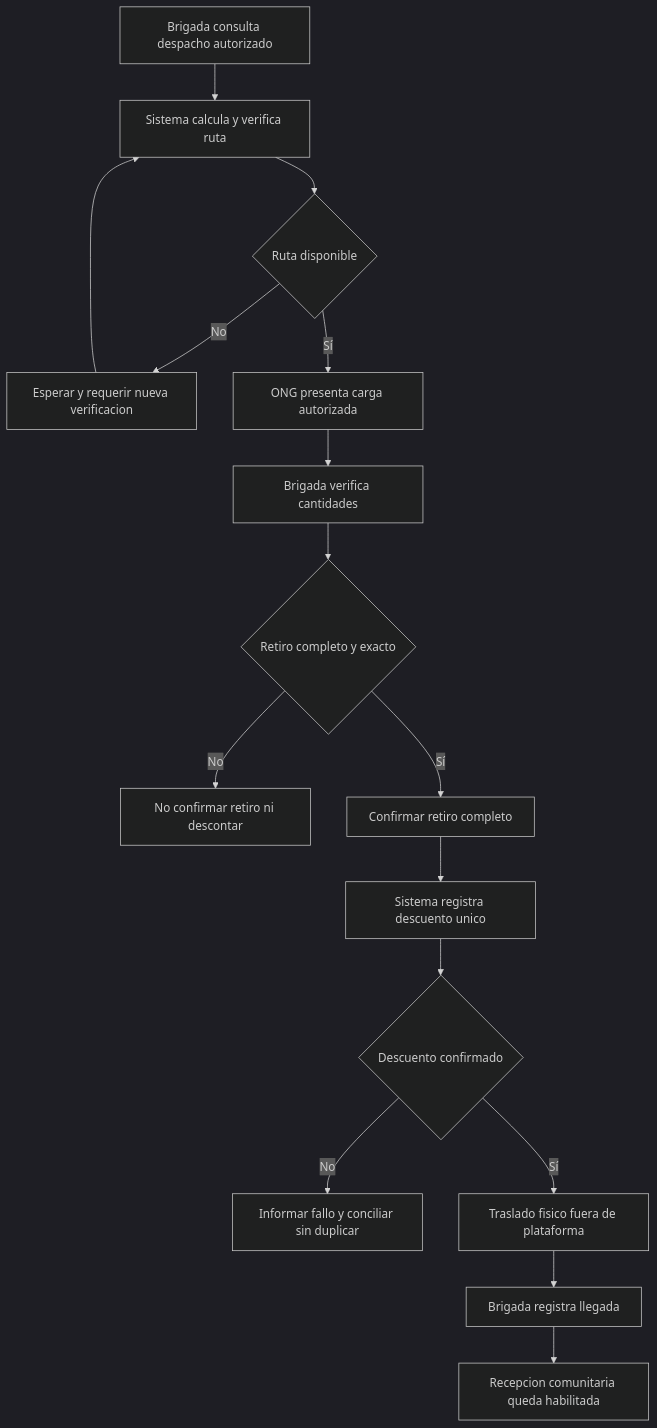
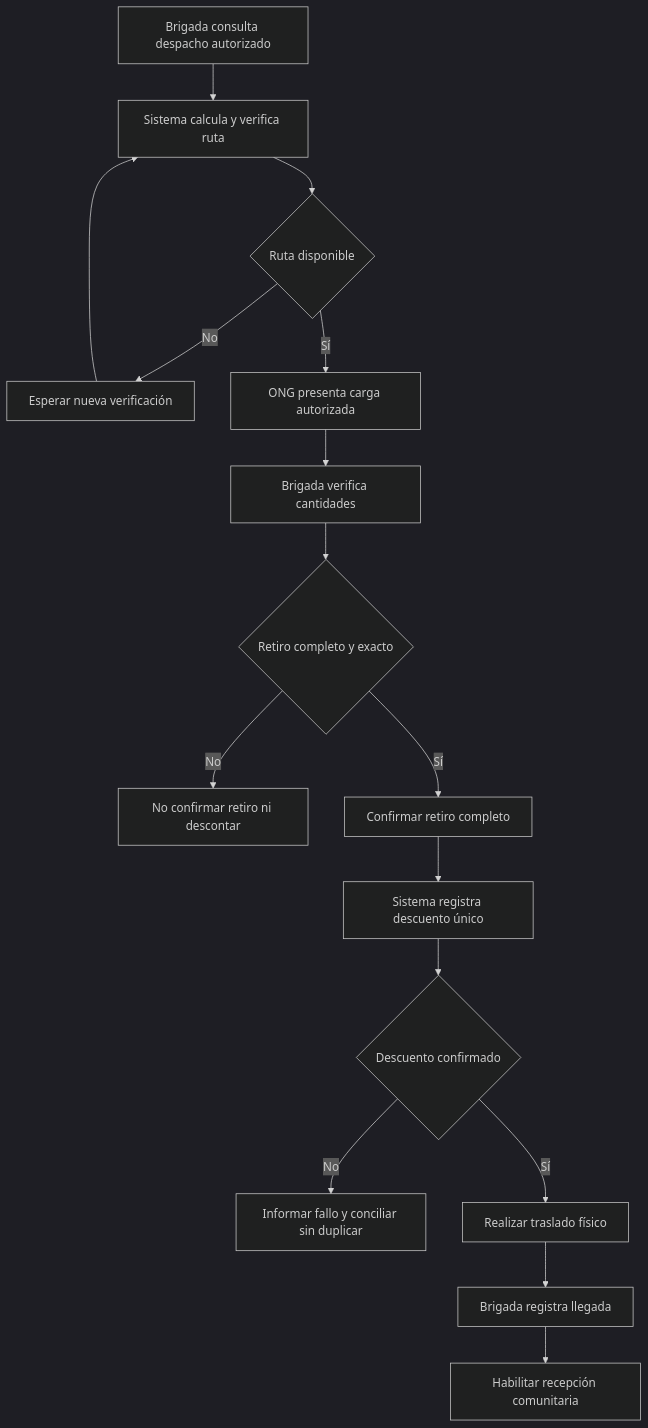
One commit to EderPanta18/alivia-humanitarian-system-design changed the diagram in docs/02-procesos/04-traslado-ayuda.md. Above: the diagram before and after it, drawn with Mermaid (dark theme). The commit also changed other lines of this file and 44 other files, not shown here.

````diff
--- a/docs/02-procesos/04-traslado-ayuda.md
+++ b/docs/02-procesos/04-traslado-ayuda.md
@@ -44,18 +62,18 @@
 ```mermaid
 flowchart TD
-  A[Brigada consulta despacho autorizado] --> B[Sistema calcula y verifica ruta]
-  B --> C{Ruta disponible}
-  C -- No --> D[Esperar y requerir nueva verificacion]
-  D --> B
-  C -- Sí --> E[ONG presenta carga autorizada]
-  E --> F[Brigada verifica cantidades]
-  F --> G{Retiro completo y exacto}
-  G -- No --> H[No confirmar retiro ni descontar]
-  G -- Sí --> I[Confirmar retiro completo]
-  I --> J[Sistema registra descuento unico]
-  J --> K{Descuento confirmado}
-  K -- No --> L[Informar fallo y conciliar sin duplicar]
-  K -- Sí --> M[Traslado fisico fuera de plataforma]
-  M --> N[Brigada registra llegada]
-  N --> O[Recepcion comunitaria queda habilitada]
+    A[Brigada consulta despacho autorizado] --> B[Sistema calcula y verifica ruta]
+    B --> C{Ruta disponible}
+    C -- No --> D[Esperar nueva verificación]
+    D --> B
+    C -- Sí --> E[ONG presenta carga autorizada]
+    E --> F[Brigada verifica cantidades]
+    F --> G{Retiro completo y exacto}
+    G -- No --> H[No confirmar retiro ni descontar]
+    G -- Sí --> I[Confirmar retiro completo]
+    I --> J[Sistema registra descuento único]
+    J --> K{Descuento confirmado}
+    K -- No --> L[Informar fallo y conciliar sin duplicar]
+    K -- Sí --> M[Realizar traslado físico]
+    M --> N[Brigada registra llegada]
+    N --> O[Habilitar recepción comunitaria]
 ```
````
